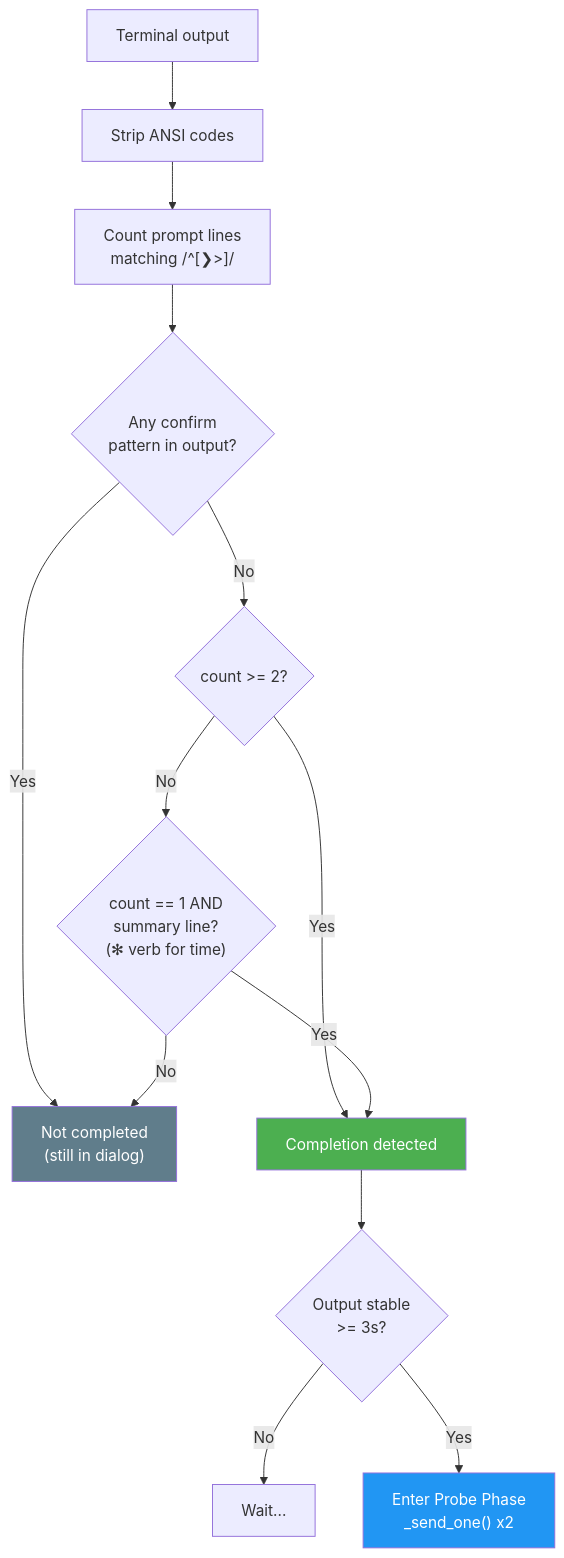
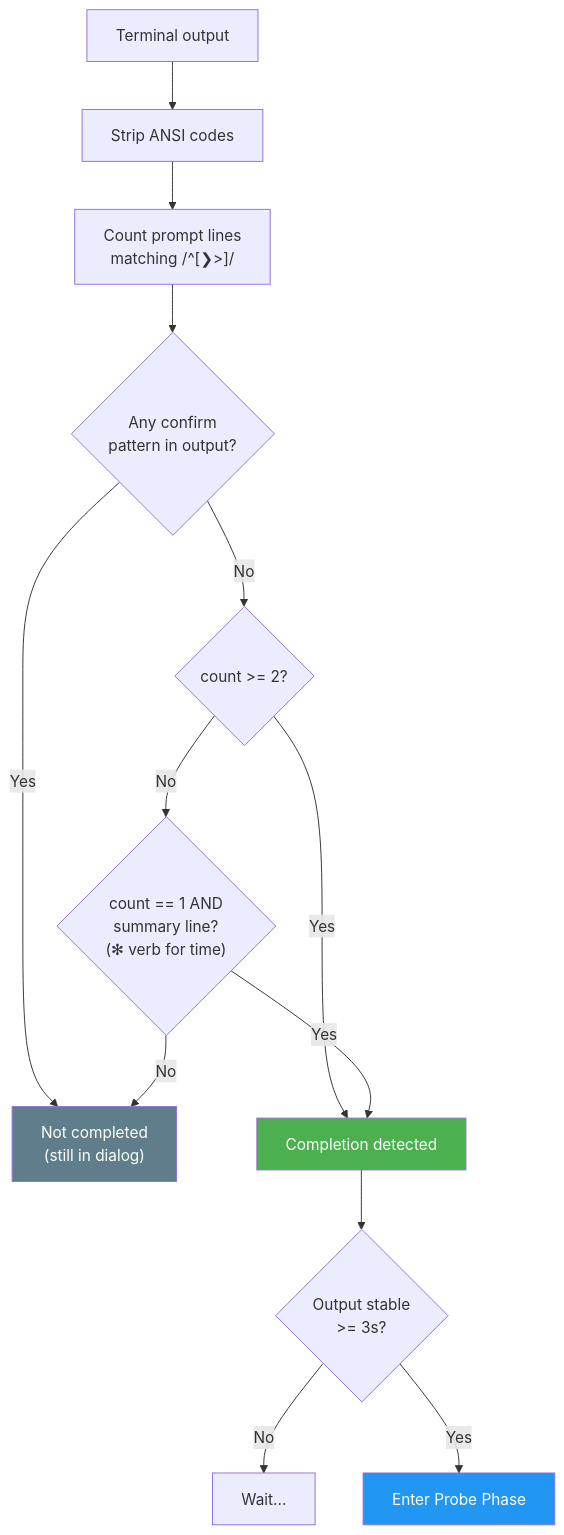
One commit to orlunix/cam changed the sixth of 8 diagrams in docs/monitor-state-diagram.md. Above: the diagram before and after it, drawn with Mermaid. The commit also changed other lines of this file and 14 other files, not shown here.

````diff
--- a/docs/monitor-state-diagram.md
+++ b/docs/monitor-state-diagram.md
@@ -178,22 +254,22 @@
 ```mermaid
 flowchart TD
     OUTPUT[Terminal output] --> STRIP[Strip ANSI codes]
     STRIP --> COUNT["Count prompt lines<br/>matching /^[❯>]/"]
 
     COUNT --> CHECK_CONFIRM{Any confirm<br/>pattern in output?}
     CHECK_CONFIRM -->|Yes| NOT_DONE["Not completed<br/>(still in dialog)"]
 
     CHECK_CONFIRM -->|No| THRESHOLD{count >= 2?}
     THRESHOLD -->|Yes| DONE[Completion detected]
     THRESHOLD -->|No| FALLBACK{"count == 1 AND<br/>summary line?<br/>(✻ verb for time)"}
     FALLBACK -->|Yes| DONE
     FALLBACK -->|No| NOT_DONE
 
     DONE --> STABLE{"Output stable<br/>>= 3s?"}
     STABLE -->|No| WAIT[Wait...]
-    STABLE -->|Yes| PROBE["Enter Probe Phase<br/>_send_one() x2"]
+    STABLE -->|Yes| PROBE["Enter Probe Phase"]
 
     style DONE fill:#4CAF50,color:#fff
     style NOT_DONE fill:#607D8B,color:#fff
     style PROBE fill:#2196F3,color:#fff
 ```
````
